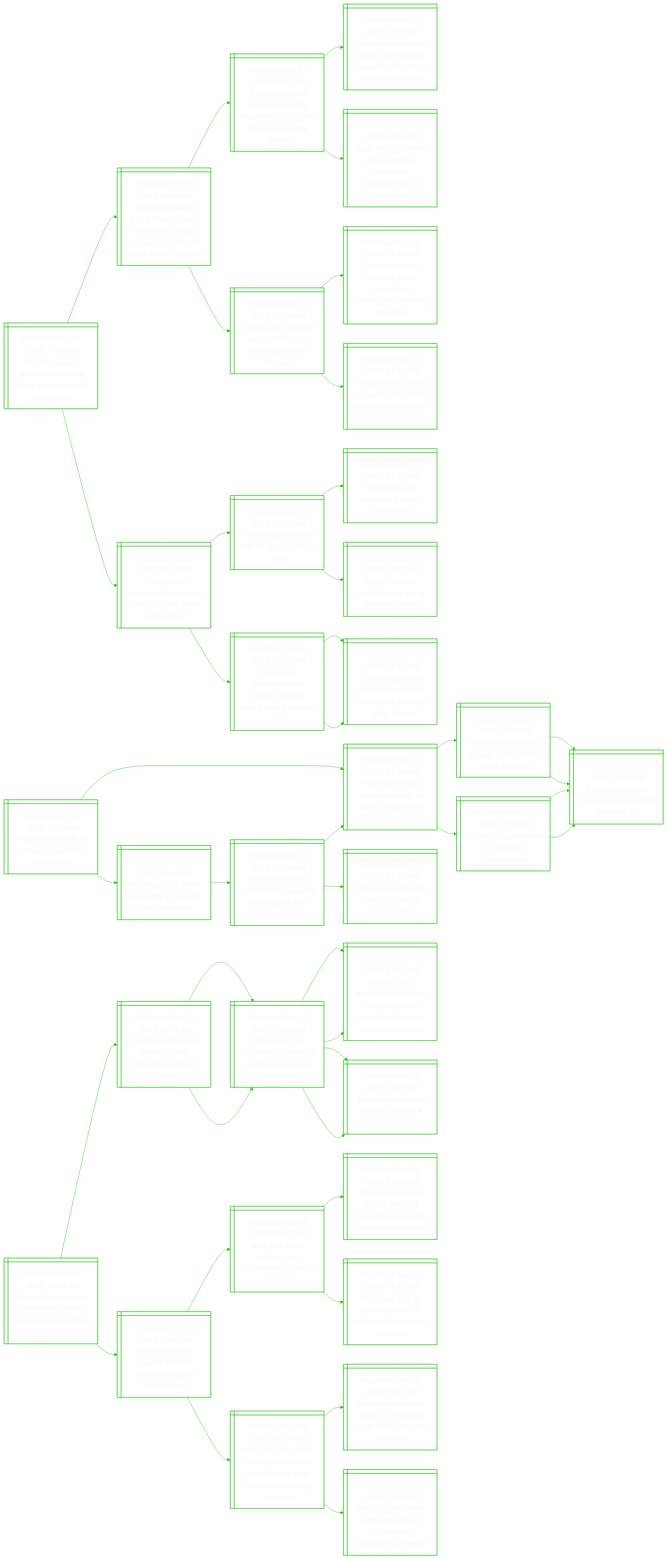
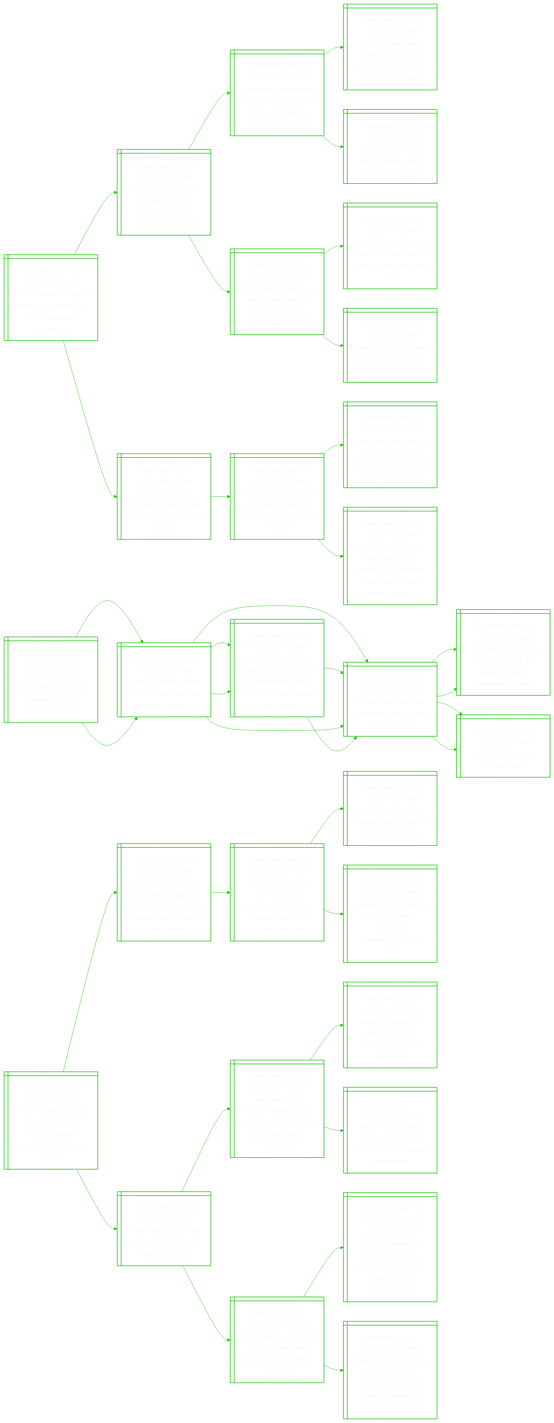
Before and after one commit to notJmes/notJmes: the diagram in README.md, drawn with Mermaid. The commit also changed other lines of this file, not shown here.

````diff
--- a/README.md
+++ b/README.md
@@ -16,133 +16,118 @@
 flowchart LR
 classDef txtsize font-size:20px;
 
-Utlcnrigkrro@{ shape: win-pane, label: "_Published Nov 29, 2025, 11:30 AM_
-Us halts asylum decisions as troop killing sparks migrant crackdown" }
-AeiGakcmrgmtairgo@{ shape: win-pane, label: "_Published Nov 29, 2025, 09:44 AM_
-Accused national guard attacker faces us murder charge; trump wants to halt ‘third world’ migration" }
-Nnalsiydttteiu@{ shape: win-pane, label: "_Published Nov 27, 2025, 04:33 AM_
-2 national guard soldiers critically wounded in ‘targeted’ attack near white house" }
-Upcnhmteteaats@{ shape: win-pane, label: "_Published Nov 27, 2025, 10:58 AM_
-Us stops processing afghan immigration requests after attack near white house" }
-Pespnaemipuit@{ shape: win-pane, label: "_Published Nov 19, 2025, 04:38 AM_
-Pope leo says trump administration ‘extremely disrespectful’ to migrants" }
-Tuaarottiou@{ shape: win-pane, label: "_Published Nov 28, 2025, 01:50 PM_
-Trump uses national guard shooting to cast suspicion on refugees" }
-TsniGmrstogi@{ shape: win-pane, label: "_Published Nov 28, 2025, 09:30 AM_
-Trump says one national guard member in washington shooting has died" }
-TvozrnTWcrfagt@{ shape: win-pane, label: "_Published Nov 28, 2025, 01:11 PM_
-Trump vows to freeze migration from ‘third world countries’ after washington attack" }
-Tsongypddrt@{ shape: win-pane, label: "_Published Nov 29, 2025, 06:07 AM_
-Trump says documents signed by autopen under biden ‘terminated’" }
-Traoasega@{ shape: win-pane, label: "_Published Nov 26, 2025, 11:27 PM_
-Trump rages at report that he is increasingly frail" }
-Tseraenn@{ shape: win-pane, label: "_Published Oct 27, 2025, 05:25 PM_
-Trump says he underwent an mri examination" }
-Ptbusuert@{ shape: win-pane, label: "_Published Nov 19, 2025, 10:05 AM_
-‘piggy’, ‘terrible’: trump lashes out at female reporters" }
-Twaehnnnict@{ shape: win-pane, label: "_Published Jul 18, 2025, 07:00 AM_
-Trump was diagnosed with chronic venous insufficiency. what is it?" }
-Tdoiidniglho@{ shape: win-pane, label: "_Published Jul 18, 2025, 02:46 AM_
-Trump diagnosed with vein condition causing leg swelling: white house" }
-Tdoiidniglho@{ shape: win-pane, label: "_Published Jul 18, 2025, 02:46 AM_
-Trump diagnosed with vein condition causing leg swelling: white house" }
+Taitgtttttns@{ shape: win-pane, label: "_Published Nov 29, 2025, 03:55 PM_
+Trump administration agrees to restore $1b to northwestern university" }
+HriIacsadlas@{ shape: win-pane, label: "_Published Nov 25, 2025, 07:40 AM_
+Hackers strike us ivy league schools already under political pressure" }
+Jemecmemtsbil@{ shape: win-pane, label: "_Published Oct 23, 2025, 11:30 AM_
+Japanese companies brace themselves for more attacks as cybercrimes climb" }
+JsgAGctmdoeea@{ shape: win-pane, label: "_Published Sep 30, 2025, 12:10 PM_
+Japan’s beer giant asahi group cannot resume production after cyber attack" }
+Jshrmaklyn@{ shape: win-pane, label: "_Published Oct 20, 2025, 03:25 PM_
+Japan’s muji hit by ransomware attack on delivery partner" }
+CsaUeodoetis@{ shape: win-pane, label: "_Published Jul 30, 2025, 08:00 AM_
+China sees gaps in us defences, ousted national security official says" }
+Uniulruausl@{ shape: win-pane, label: "_Published Jul 29, 2025, 05:49 PM_
+Us, china tariff truce holds for now but us says trump has final say" }
+Tsetimibyta@{ shape: win-pane, label: "_Published Jul 29, 2025, 12:13 PM_
+Trump says he is not seeking summit with xi, but may visit china" }
+TosoeftugrtM@{ shape: win-pane, label: "_Published Oct 14, 2025, 08:00 AM_
+Trump offers all colleges preferential funding plan rejected by mit" }
+GngcoetnooT@{ shape: win-pane, label: "_Published Sep 29, 2025, 09:25 AM_
+Give in or fight back? us colleges are torn on how to respond to trump" }
+Hrspnafogloett@{ shape: win-pane, label: "_Published May 23, 2025, 09:34 PM_
+Harvard sues trump administration for blocking enrolment of foreign students" }
+Ukssrooodswrdsi@{ shape: win-pane, label: "_Published Sep 13, 2025, 10:30 AM_
+Uc berkeley shares information on dozens of students, staff with trump administration" }
 
-Utlcnrigkrro:::txtsize --> AeiGakcmrgmtairgo:::txtsize
-AeiGakcmrgmtairgo:::txtsize --> Nnalsiydttteiu:::txtsize
-Nnalsiydttteiu:::txtsize --> Upcnhmteteaats:::txtsize
-Nnalsiydttteiu:::txtsize --> Pespnaemipuit:::txtsize
-AeiGakcmrgmtairgo:::txtsize --> Tuaarottiou:::txtsize
-Tuaarottiou:::txtsize --> TsniGmrstogi:::txtsize
-Tuaarottiou:::txtsize --> TvozrnTWcrfagt:::txtsize
-Utlcnrigkrro:::txtsize --> Tsongypddrt:::txtsize
-Tsongypddrt:::txtsize --> Traoasega:::txtsize
-Traoasega:::txtsize --> Tseraenn:::txtsize
-Traoasega:::txtsize --> Ptbusuert:::txtsize
-Tsongypddrt:::txtsize --> Twaehnnnict:::txtsize
-Twaehnnnict:::txtsize --> Tdoiidniglho:::txtsize
-Twaehnnnict:::txtsize --> Tdoiidniglho:::txtsize
+Taitgtttttns:::txtsize --> HriIacsadlas:::txtsize
+HriIacsadlas:::txtsize --> Jemecmemtsbil:::txtsize
+Jemecmemtsbil:::txtsize --> JsgAGctmdoeea:::txtsize
+Jemecmemtsbil:::txtsize --> Jshrmaklyn:::txtsize
+HriIacsadlas:::txtsize --> CsaUeodoetis:::txtsize
+CsaUeodoetis:::txtsize --> Uniulruausl:::txtsize
+CsaUeodoetis:::txtsize --> Tsetimibyta:::txtsize
+Taitgtttttns:::txtsize --> TosoeftugrtM:::txtsize
+TosoeftugrtM:::txtsize --> GngcoetnooT:::txtsize
+GngcoetnooT:::txtsize --> Hrspnafogloett:::txtsize
+GngcoetnooT:::txtsize --> Ukssrooodswrdsi:::txtsize
 
-Ptllhnhdm@{ shape: win-pane, label: "_Published Nov 29, 2025, 10:52 AM_
-Papal travels reflect changing catholic diplomacy" }
-Peaastkbosrt@{ shape: win-pane, label: "_Published Nov 25, 2025, 07:48 PM_
-Pope leo to take peace message to turkey, lebanon on first overseas trip" }
-Abbsciilto@{ shape: win-pane, label: "_Published Nov 25, 2025, 02:55 PM_
-At tomb of lebanon’s miracle saint, faithful await the pope" }
-PeduLoivap@{ shape: win-pane, label: "_Published Nov 24, 2025, 03:00 PM_
-Pope leo heads to turkey, lebanon in first overseas trip" }
-PeduLoivap@{ shape: win-pane, label: "_Published Nov 24, 2025, 03:00 PM_
-Pope leo heads to turkey, lebanon in first overseas trip" }
-IkaoCtoi@{ shape: win-pane, label: "_Published Nov 24, 2025, 05:53 PM_
-In turkey, a patchwork of christian communities" }
-PeduLoivap@{ shape: win-pane, label: "_Published Nov 24, 2025, 03:00 PM_
-Pope leo heads to turkey, lebanon in first overseas trip" }
-PeduLoivap@{ shape: win-pane, label: "_Published Nov 24, 2025, 03:00 PM_
-Pope leo heads to turkey, lebanon in first overseas trip" }
-Ikpkoaihiv@{ shape: win-pane, label: "_Published Nov 29, 2025, 10:46 AM_
-In turkey, pope seeks to soothe an ancient christian divide" }
-Penocdrutivap@{ shape: win-pane, label: "_Published Nov 27, 2025, 09:18 AM_
-Pope leo warns of conflicts endangering humanity on first overseas trip" }
-Ilsomaanui@{ shape: win-pane, label: "_Published Nov 24, 2025, 01:17 AM_
-Israel kills hezbollah military leader in beirut strike" }
-Peaastkbosrt@{ shape: win-pane, label: "_Published Nov 25, 2025, 07:48 PM_
-Pope leo to take peace message to turkey, lebanon on first overseas trip" }
+Vunnakrktuo@{ shape: win-pane, label: "_Published Nov 29, 2025, 03:39 PM_
+Vast russian overnight attack on ukraine kills two, wounds dozens" }
+HRaewcuatt@{ shape: win-pane, label: "_Published Nov 25, 2025, 09:05 AM_
+How us-russia peace plan would carve up ukraine’s territory" }
+UKisrlerr@{ shape: win-pane, label: "_Published Nov 24, 2025, 05:43 PM_
+Us and kyiv discuss reworked plan to end war in ukraine" }
+Ulnaewniaark@{ shape: win-pane, label: "_Published Nov 24, 2025, 08:40 AM_
+Us hails ‘significant step forward’ in ukraine ‘peace framework’ talks" }
+Tstia@{ shape: win-pane, label: "_Published Nov 21, 2025, 04:26 PM_
+Trump’s 28-point ukraine plan" }
+Unlystsippposehp@{ shape: win-pane, label: "_Published Nov 25, 2025, 05:42 AM_
+Ukraine’s zelensky says sensitive issues in proposed peace plan to be discussed with trump" }
+UKisrlerr@{ shape: win-pane, label: "_Published Nov 24, 2025, 05:43 PM_
+Us and kyiv discuss reworked plan to end war in ukraine" }
+HRaewcuatt@{ shape: win-pane, label: "_Published Nov 25, 2025, 09:05 AM_
+How us-russia peace plan would carve up ukraine’s territory" }
+UKisrlerr@{ shape: win-pane, label: "_Published Nov 24, 2025, 05:43 PM_
+Us and kyiv discuss reworked plan to end war in ukraine" }
+Ulnaewniaark@{ shape: win-pane, label: "_Published Nov 24, 2025, 08:40 AM_
+Us hails ‘significant step forward’ in ukraine ‘peace framework’ talks" }
+Tstia@{ shape: win-pane, label: "_Published Nov 21, 2025, 04:26 PM_
+Trump’s 28-point ukraine plan" }
+Unlystsippposehp@{ shape: win-pane, label: "_Published Nov 25, 2025, 05:42 AM_
+Ukraine’s zelensky says sensitive issues in proposed peace plan to be discussed with trump" }
+UKisrlerr@{ shape: win-pane, label: "_Published Nov 24, 2025, 05:43 PM_
+Us and kyiv discuss reworked plan to end war in ukraine" }
 
-Ptllhnhdm:::txtsize --> Peaastkbosrt:::txtsize
-Peaastkbosrt:::txtsize --> Abbsciilto:::txtsize
-Abbsciilto:::txtsize --> PeduLoivap:::txtsize
-Abbsciilto:::txtsize --> PeduLoivap:::txtsize
-Peaastkbosrt:::txtsize --> IkaoCtoi:::txtsize
-IkaoCtoi:::txtsize --> PeduLoivap:::txtsize
-IkaoCtoi:::txtsize --> PeduLoivap:::txtsize
-Ptllhnhdm:::txtsize --> Ikpkoaihiv:::txtsize
-Ikpkoaihiv:::txtsize --> Penocdrutivap:::txtsize
-Penocdrutivap:::txtsize --> Ilsomaanui:::txtsize
-Penocdrutivap:::txtsize --> Peaastkbosrt:::txtsize
+Vunnakrktuo:::txtsize --> HRaewcuatt:::txtsize
+HRaewcuatt:::txtsize --> UKisrlerr:::txtsize
+UKisrlerr:::txtsize --> Ulnaewniaark:::txtsize
+UKisrlerr:::txtsize --> Tstia:::txtsize
+HRaewcuatt:::txtsize --> Unlystsippposehp:::txtsize
+Unlystsippposehp:::txtsize --> UKisrlerr:::txtsize
+Vunnakrktuo:::txtsize --> HRaewcuatt:::txtsize
+HRaewcuatt:::txtsize --> UKisrlerr:::txtsize
+UKisrlerr:::txtsize --> Ulnaewniaark:::txtsize
+UKisrlerr:::txtsize --> Tstia:::txtsize
+HRaewcuatt:::txtsize --> Unlystsippposehp:::txtsize
+Unlystsippposehp:::txtsize --> UKisrlerr:::txtsize
 
-Sflhntsrslpc@{ shape: win-pane, label: "_Published Nov 29, 2025, 10:52 AM_
-Stake for sale in the economist draws interest as deadline approaches" }
-TslhBleioe@{ shape: win-pane, label: "_Published Nov 25, 2025, 08:18 PM_
-Trump’s battle with the bbc could threaten its global reach" }
-Bunsoadtadnp@{ shape: win-pane, label: "_Published Nov 15, 2025, 10:53 PM_
-Bbc caught in crossfire of polarised political and media landscape" }
-BiCosueoshrtaoi@{ shape: win-pane, label: "_Published Nov 14, 2025, 05:07 AM_
-Britain’s bbc apologises to trump over panorama speech edit, rejects defamation claim" }
-Tsieooieet@{ shape: win-pane, label: "_Published Nov 15, 2025, 10:09 AM_
-Trump says will sue bbc for up to $6.4 billion over video edit" }
-Bunsoadtadnp@{ shape: win-pane, label: "_Published Nov 15, 2025, 10:53 PM_
-Bbc caught in crossfire of polarised political and media landscape" }
-BiCosueoshrtaoi@{ shape: win-pane, label: "_Published Nov 14, 2025, 05:07 AM_
-Britain’s bbc apologises to trump over panorama speech edit, rejects defamation claim" }
-Tsieooieet@{ shape: win-pane, label: "_Published Nov 15, 2025, 10:09 AM_
-Trump says will sue bbc for up to $6.4 billion over video edit" }
-Nreodoilcr@{ shape: win-pane, label: "_Published Feb 09, 2025, 10:00 AM_
-New york times reports 350,000 additional digital subscribers" }
-Nresuioolo@{ shape: win-pane, label: "_Published Nov 04, 2024, 09:27 PM_
-New york times passes 11m subscribers on eve of us election" }
-NreapsstlrsTi@{ shape: win-pane, label: "_Published Sep 24, 2024, 11:02 PM_
-New york times to launch podcast subscription plan for shows like the daily" }
-Twbtefespbe@{ shape: win-pane, label: "_Published Sep 17, 2023, 11:35 AM_
-The news may be getting better for america’s newspaper business" }
-Blmfioropraecnr@{ shape: win-pane, label: "_Published Feb 05, 2025, 06:14 PM_
-Bbc tells some staff in singapore bureau to reapply for jobs amid restructuring exercise" }
-BsiononneeCu@{ shape: win-pane, label: "_Published Oct 17, 2024, 09:05 AM_
-British media union warns of ‘worrying trend’ after latest bbc job cuts" }
-Dlfttoswoith@{ shape: win-pane, label: "_Published Feb 01, 2024, 02:45 PM_
-Dyson layoffs: what rights do workers have when companies retrench?" }
+FopsornLngooyc@{ shape: win-pane, label: "_Published Nov 29, 2025, 03:30 PM_
+From mobile phones to cooked frogs, inside london’s biggest lost property office" }
+GngncLgtnotaeega@{ shape: win-pane, label: "_Published Sep 16, 2025, 05:20 PM_
+Growing veggies in suitcases: luggage left behind by tourists in japan being reused, given away" }
+Jpeldnsaegmtss@{ shape: win-pane, label: "_Published Sep 14, 2025, 01:21 PM_
+Japan police trial crowd-easing measures at famed manga slam dunk tourist hot spot" }
+Aiaetmrbloi@{ shape: win-pane, label: "_Published Sep 03, 2025, 03:37 PM_
+Anger in japan after instagrammer drinks burial site offering" }
+Jsdtfrreomes@{ shape: win-pane, label: "_Published Aug 29, 2025, 03:23 PM_
+Japan should debate cap for foreign residents, government report says" }
+Tpefsrsfgr@{ shape: win-pane, label: "_Published Nov 24, 2024, 05:00 PM_
+Tokyo police care for lost umbrellas, keys, flying squirrels" }
+Jssrehmaefmgon@{ shape: win-pane, label: "_Published Nov 15, 2024, 11:15 AM_
+Japan’s latest tourism headache is american arrested for damaging tokyo shrine" }
+Jtliinaenip@{ shape: win-pane, label: "_Published Jun 06, 2024, 07:22 PM_
+Japan to build anti-tourist fence at another mount fuji viewpoint" }
+MFrskrnsvumr@{ shape: win-pane, label: "_Published Sep 11, 2024, 11:24 AM_
+Mount fuji crowds shrink after japan rolls out overtourism measures" }
+Tpeuidweipna@{ shape: win-pane, label: "_Published Jul 31, 2024, 01:40 PM_
+Tokyo police conduct drill to deter wild bears with repellent sprays" }
+Jwogasgmteacgfro@{ shape: win-pane, label: "_Published Apr 12, 2024, 10:45 AM_
+Japan warns of hungry bears in spring that may attack people after coming out of hibernation" }
+Jsrhsfseallcna@{ shape: win-pane, label: "_Published Aug 31, 2023, 09:50 PM_
+Japan’s diners rush to taste infamous ‘oso18’ bear that killed at least 30 cows in hokkaido" }
 
-Sflhntsrslpc:::txtsize --> TslhBleioe:::txtsize
-TslhBleioe:::txtsize --> Bunsoadtadnp:::txtsize
-Bunsoadtadnp:::txtsize --> BiCosueoshrtaoi:::txtsize
-Bunsoadtadnp:::txtsize --> Tsieooieet:::txtsize
-TslhBleioe:::txtsize --> Bunsoadtadnp:::txtsize
-Bunsoadtadnp:::txtsize --> BiCosueoshrtaoi:::txtsize
-Bunsoadtadnp:::txtsize --> Tsieooieet:::txtsize
-Sflhntsrslpc:::txtsize --> Nreodoilcr:::txtsize
-Nreodoilcr:::txtsize --> Nresuioolo:::txtsize
-Nresuioolo:::txtsize --> NreapsstlrsTi:::txtsize
-Nresuioolo:::txtsize --> Twbtefespbe:::txtsize
-Nreodoilcr:::txtsize --> Blmfioropraecnr:::txtsize
-Blmfioropraecnr:::txtsize --> BsiononneeCu:::txtsize
-Blmfioropraecnr:::txtsize --> Dlfttoswoith:::txtsize
+FopsornLngooyc:::txtsize --> GngncLgtnotaeega:::txtsize
+GngncLgtnotaeega:::txtsize --> Jpeldnsaegmtss:::txtsize
+Jpeldnsaegmtss:::txtsize --> Aiaetmrbloi:::txtsize
+Jpeldnsaegmtss:::txtsize --> Jsdtfrreomes:::txtsize
+FopsornLngooyc:::txtsize --> Tpefsrsfgr:::txtsize
+Tpefsrsfgr:::txtsize --> Jssrehmaefmgon:::txtsize
+Jssrehmaefmgon:::txtsize --> Jtliinaenip:::txtsize
+Jssrehmaefmgon:::txtsize --> MFrskrnsvumr:::txtsize
+Tpefsrsfgr:::txtsize --> Tpeuidweipna:::txtsize
+Tpeuidweipna:::txtsize --> Jwogasgmteacgfro:::txtsize
+Tpeuidweipna:::txtsize --> Jsrhsfseallcna:::txtsize
 
 ```
````
